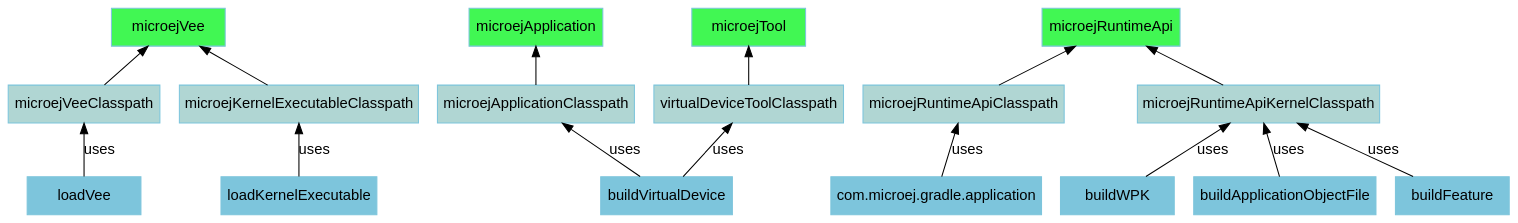
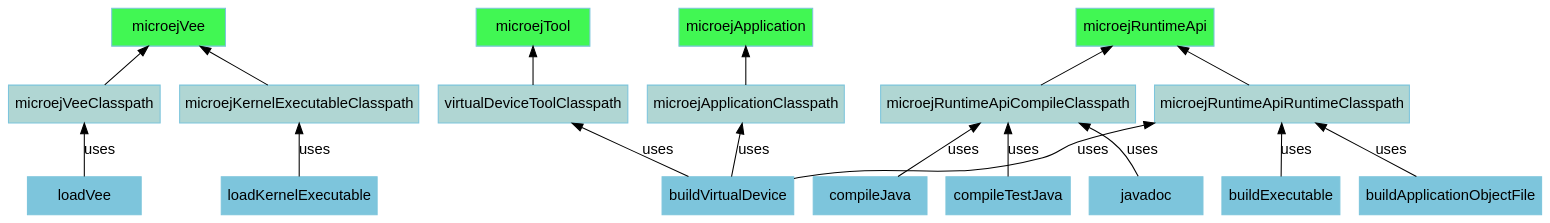
The diagram in SDK6UserGuide/appendix/graphConfigurations.dot (MicroEJ/docs), drawn with Graphviz before and after one commit. The commit also changed 6 other files, not shown here.

```diff
--- a/SDK6UserGuide/appendix/graphConfigurations.dot
+++ b/SDK6UserGuide/appendix/graphConfigurations.dot
@@ -1,38 +1,40 @@
 digraph mygraph {
     rankdir="BT";
     bgcolor="transparent"
     fontname="Helvetica,Arial,sans-serif"
     node [
         shape = box
         width = 1.5
         color = "#7dc5dc"
         style = filled
         fontname="Helvetica,Arial,sans-serif"
     ]
     edge [fontname="Helvetica,Arial,sans-serif"]
     "microejVee" [fillcolor = "#41f753"]
     "microejApplication" [fillcolor = "#41f753"]
     "microejTool" [fillcolor = "#41f753"]
     "microejRuntimeApi" [fillcolor = "#41f753"]
     "microejApplicationClasspath" [fillcolor = "#b0d6d3"]
     "microejVeeClasspath" [fillcolor = "#b0d6d3"]
     "microejKernelExecutableClasspath" [fillcolor = "#b0d6d3"]
     "virtualDeviceToolClasspath" [fillcolor = "#b0d6d3"]
-    "microejRuntimeApiClasspath" [fillcolor = "#b0d6d3"]
-    "microejRuntimeApiKernelClasspath" [fillcolor = "#b0d6d3"]
+    "microejRuntimeApiCompileClasspath" [fillcolor = "#b0d6d3"]
+    "microejRuntimeApiRuntimeClasspath" [fillcolor = "#b0d6d3"]
 
     "loadVee" -> "microejVeeClasspath" [ label="uses" ]
     "microejVeeClasspath" -> "microejVee"
     "loadKernelExecutable" -> "microejKernelExecutableClasspath" [ label="uses" ]
     "microejKernelExecutableClasspath" -> "microejVee"
     "buildVirtualDevice" -> "microejApplicationClasspath" [ label="uses" ]
     "buildVirtualDevice" -> "virtualDeviceToolClasspath" [ label="uses" ]
     "microejApplicationClasspath" -> "microejApplication"
     "virtualDeviceToolClasspath" -> "microejTool"
-    "microejRuntimeApiClasspath" -> "microejRuntimeApi"
-    "microejRuntimeApiKernelClasspath" -> "microejRuntimeApi"
-    "com.microej.gradle.application" -> "microejRuntimeApiClasspath" [ label="uses" ]
-    "buildWPK" -> "microejRuntimeApiKernelClasspath" [ label="uses" ]
-    "buildApplicationObjectFile" -> "microejRuntimeApiKernelClasspath" [ label="uses" ]
-    "buildFeature" -> "microejRuntimeApiKernelClasspath" [ label="uses" ]
+    "microejRuntimeApiCompileClasspath" -> "microejRuntimeApi"
+    "microejRuntimeApiRuntimeClasspath" -> "microejRuntimeApi"
+    "compileJava" -> "microejRuntimeApiCompileClasspath" [ label="uses" ]
+    "compileTestJava" -> "microejRuntimeApiCompileClasspath" [ label="uses" ]
+    "javadoc" -> "microejRuntimeApiCompileClasspath" [ label="uses" ]
+    "buildVirtualDevice" -> "microejRuntimeApiRuntimeClasspath" [ label="uses" ]
+    "buildApplicationObjectFile" -> "microejRuntimeApiRuntimeClasspath" [ label="uses" ]
+    "buildExecutable" -> "microejRuntimeApiRuntimeClasspath" [ label="uses" ]
 }
```
